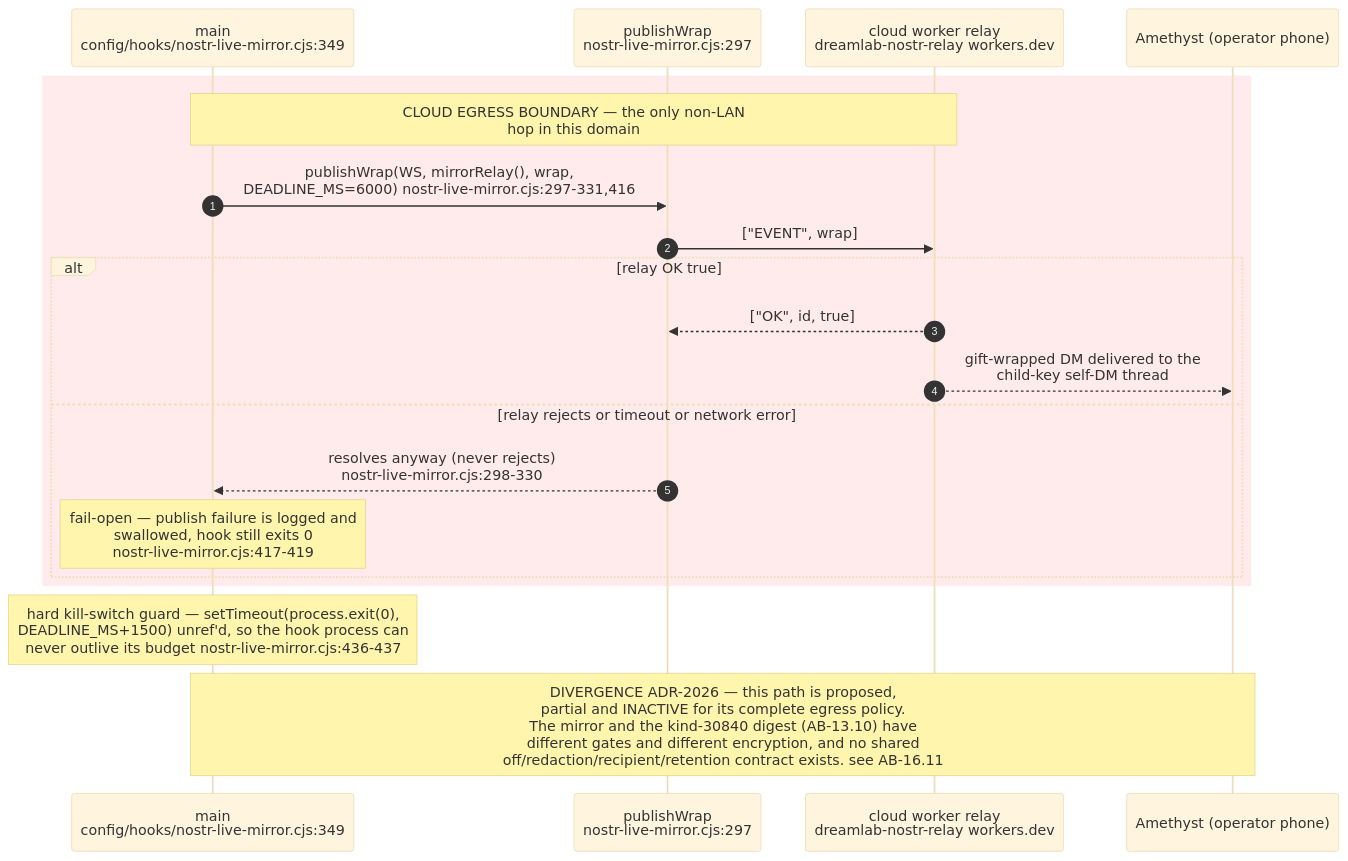
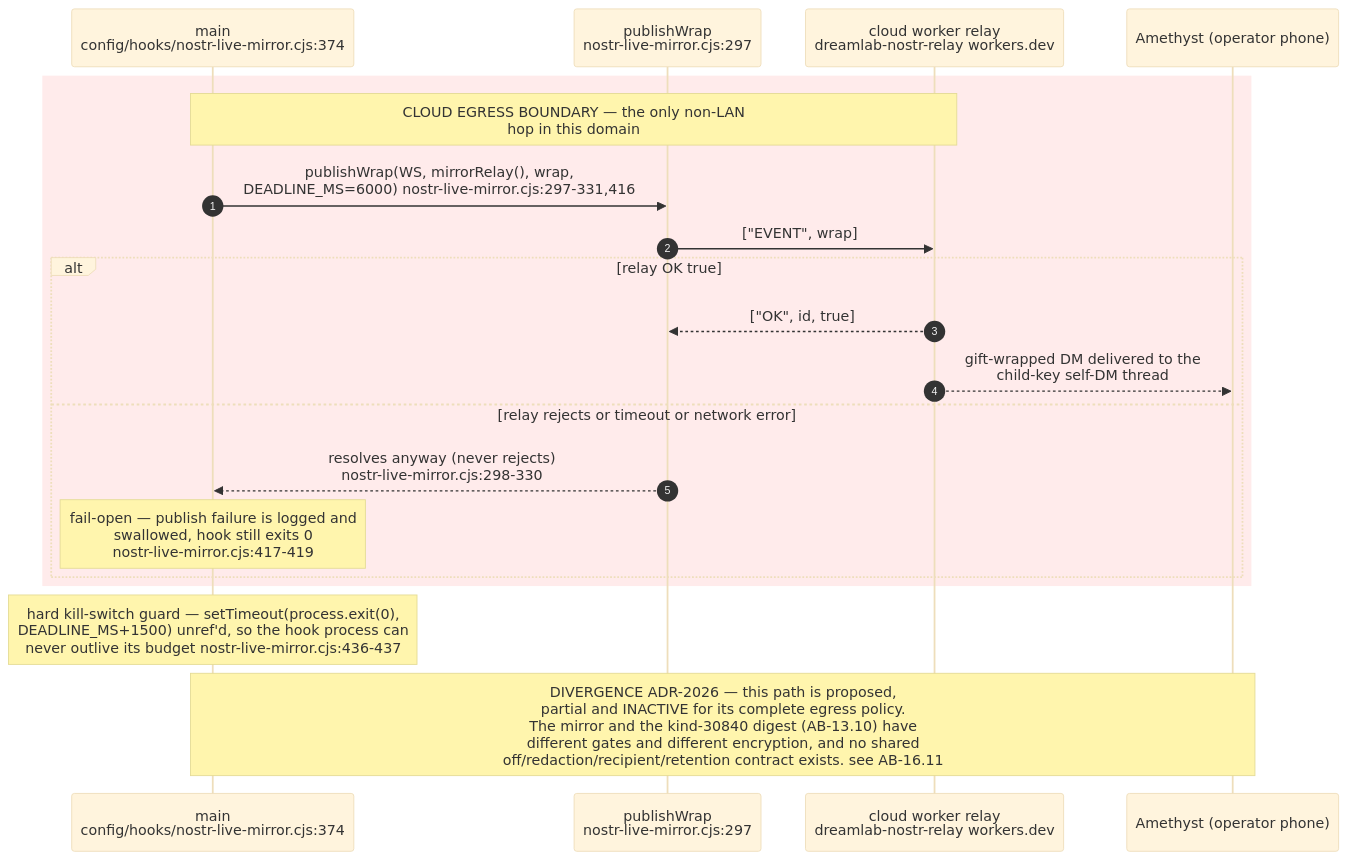
One commit to DreamLab-AI/AR-AI-Knowledge-Graph changed diagram 12 of 17 in docs/diagrams/agentbox/13-nostr-relay-gateway-bridge-mirror.md. Above: the diagram before and after it, drawn with Mermaid (base theme). The commit also changed other lines of this file and 36 other files, not shown here.

````diff
--- a/docs/diagrams/agentbox/13-nostr-relay-gateway-bridge-mirror.md
+++ b/docs/diagrams/agentbox/13-nostr-relay-gateway-bridge-mirror.md
@@ -472,23 +472,23 @@
 ```mermaid
 sequenceDiagram
     autonumber
-    participant MAIN as main<br/>config/hooks/nostr-live-mirror.cjs:349
+    participant MAIN as main<br/>config/hooks/nostr-live-mirror.cjs:374
     participant PUB as publishWrap<br/>nostr-live-mirror.cjs:297
     participant CLOUD as cloud worker relay<br/>dreamlab-nostr-relay workers.dev
     participant AME as Amethyst (operator phone)
 
     rect rgb(255, 235, 235)
 Note over MAIN,CLOUD: CLOUD EGRESS BOUNDARY — the only non-LAN<br/>hop in this domain
 MAIN->>PUB: publishWrap(WS, mirrorRelay(), wrap,<br/>DEADLINE_MS=6000) nostr-live-mirror.cjs:297-331,416
     PUB->>CLOUD: ["EVENT", wrap]
     alt relay OK true
         CLOUD-->>PUB: ["OK", id, true]
         CLOUD-->>AME: gift-wrapped DM delivered to the<br/>child-key self-DM thread
     else relay rejects or timeout or network error
 PUB-->>MAIN: resolves anyway (never rejects)<br/>nostr-live-mirror.cjs:298-330
 Note over MAIN: fail-open — publish failure is logged and<br/>swallowed, hook still exits 0<br/>nostr-live-mirror.cjs:417-419
     end
     end
 Note over MAIN: hard kill-switch guard — setTimeout(process.exit(0),<br/>DEADLINE_MS+1500) unref'd, so the hook process can<br/>never outlive its budget nostr-live-mirror.cjs:436-437
 Note over MAIN,AME: DIVERGENCE ADR-2026 — this path is proposed,<br/>partial and INACTIVE for its complete egress policy.<br/>The mirror and the kind-30840 digest (AB-13.10) have<br/>different gates and different encryption, and no shared<br/>off/redaction/recipient/retention contract exists. see AB-16.11
 ```
````
